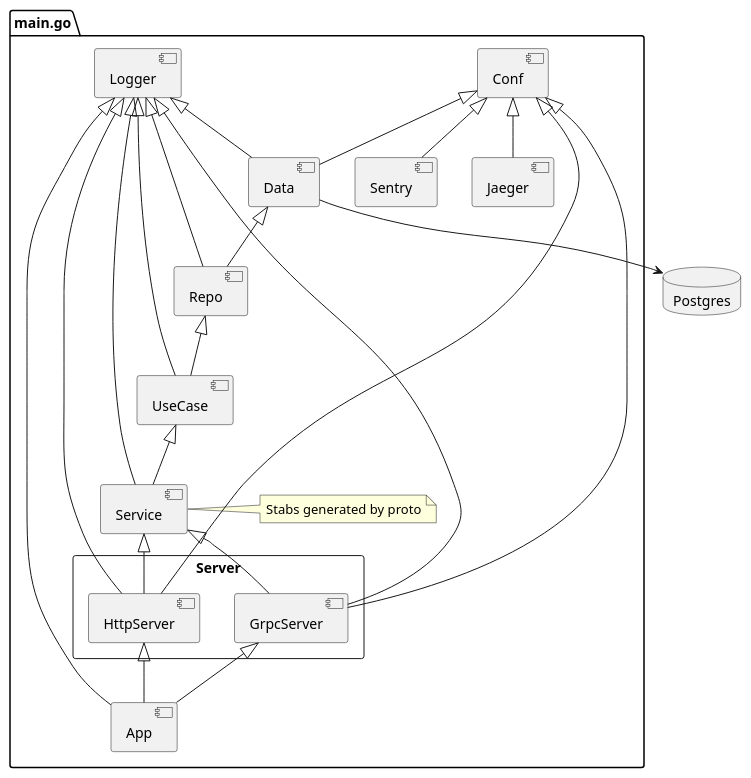
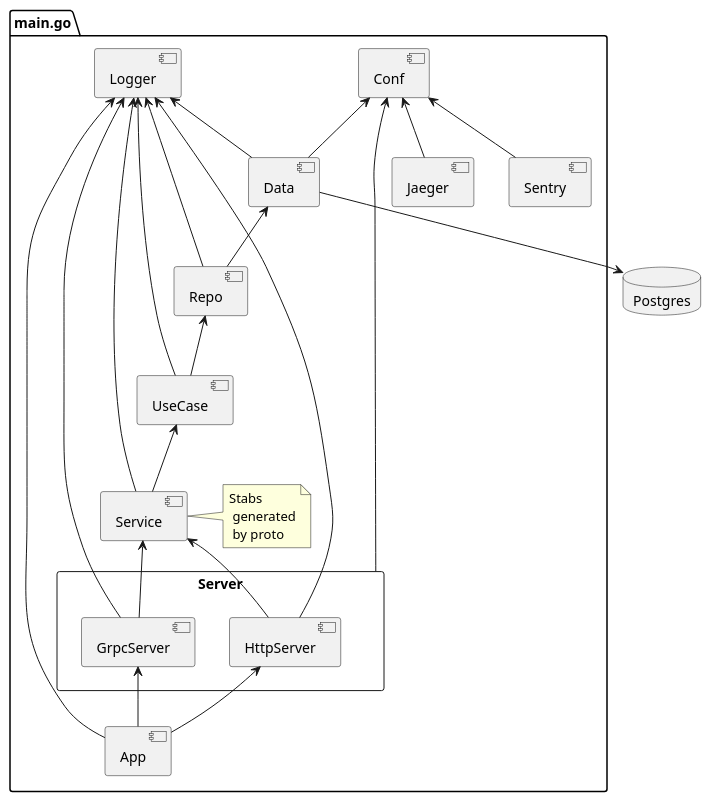
One commit to timurkash/kratos-layout changed the diagram in cmd/server/components.puml. Above: the diagram before and after it, drawn with PlantUML. The commit also changed 2 other files, not shown here.

```diff
--- a/cmd/server/components.puml
+++ b/cmd/server/components.puml
@@ -1,46 +1,45 @@
 @startuml
 
 package main.go {
     [Conf] as conf
     [Logger] as logger
     [Data] as data
     [Repo] as repo
     [UseCase] as uc
     [Service] as service
-    rectangle Server {
+    rectangle Server as server {
         [GrpcServer] as grpc
         [HttpServer] as http
     }
     [App] as app
     [Jaeger] as trace
     [Sentry] as log
-    note "Stabs generated by proto" as stabs
+    note "Stabs\n generated\n by proto" as stabs
 }
 
 database Postgres
 data --> Postgres
 
-logger <|-- data
-logger <|-- repo
-logger <|-- uc
-logger <|-- service
-logger <|-- grpc
-logger <|-- http
-logger <|-- app
+logger <-- data
+logger <-- repo
+logger <-- uc
+logger <-- service
+logger <-- grpc
+logger <-- http
+logger <-- app
 
-conf <|-- data
-conf <|-- grpc
-conf <|-- http
-conf <|-- trace
-conf <|-- log
+conf <-- data
+conf <-- server
+conf <-- trace
+conf <-- log
 
-data <|-- repo
-repo <|-- uc
-uc <|-- service
-service <|-- grpc
+data <-- repo
+repo <-- uc
+uc <-- service
+service <-- grpc
 service - stabs
-service <|-- http
-grpc <|-- app
-http <|-- app
+service <-- http
+grpc <-- app
+http <-- app
 
 @enduml
```
